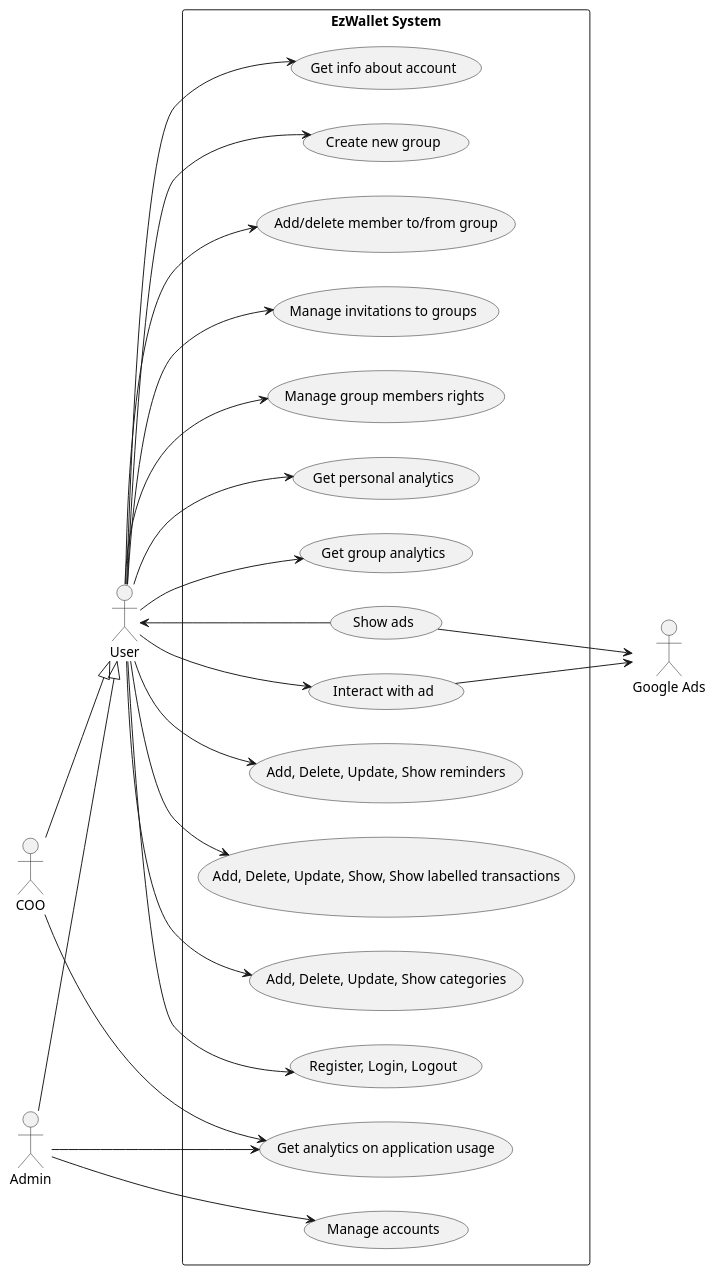
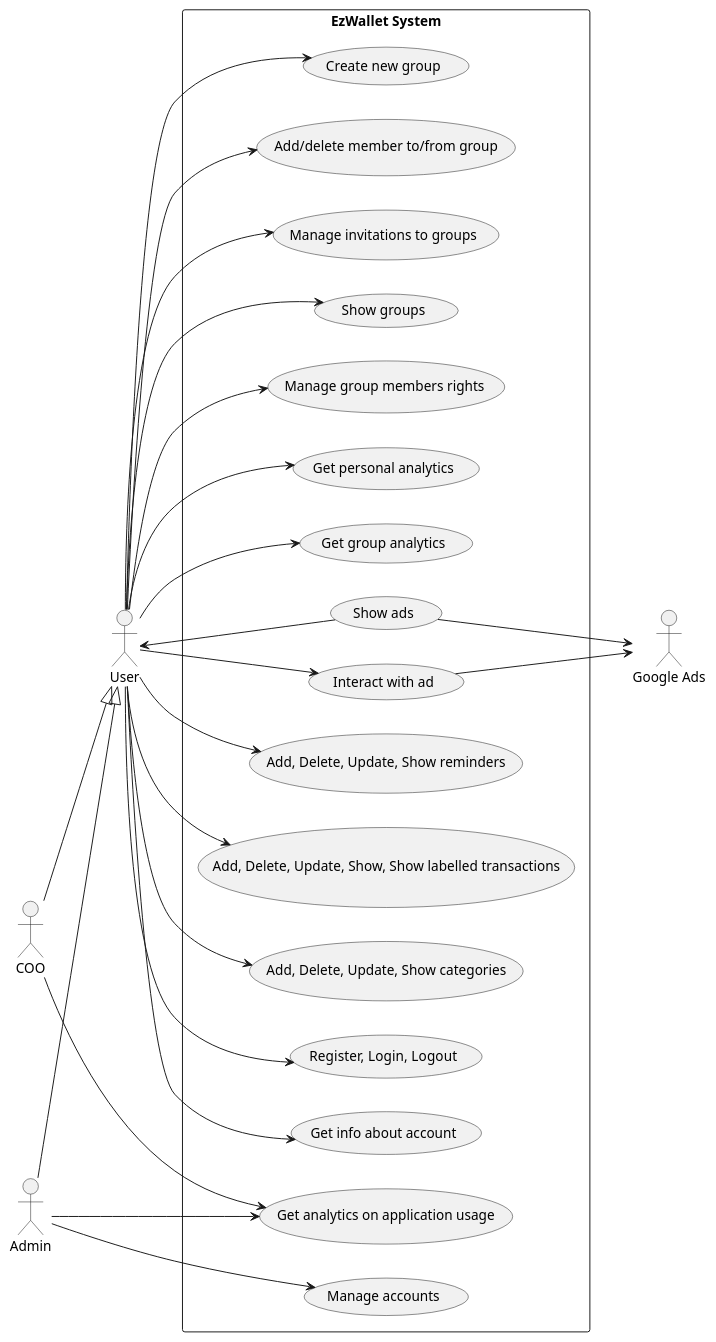
One commit to lara-m2000/ezwallet changed the second of 5 diagrams in RequirementsDocumentV2.md. Above: the diagram before and after it, drawn with PlantUML.

Commit message:
docs: updated use case diagram

````diff
--- a/RequirementsDocumentV2.md
+++ b/RequirementsDocumentV2.md
@@ -296,57 +296,59 @@
 ```plantuml
 @startuml
 left to right direction
 
 actor User
 actor COO
 actor Admin
 actor "Google Ads" as GAds
 
 Admin --|> User
 COO --|> User
 
 rectangle "EzWallet System" as System {
 	usecase "Add, Delete, Update, Show, Show labelled transactions" as Transaction
 	usecase "Register, Login, Logout" as Auth
 
 	usecase "Add, Delete, Update, Show categories" as Category
 
 	usecase "Get info about account" as UUsers
 	usecase "Create new group" as CreateGroup
 	usecase "Add/delete member to/from group" as AddDeleteToGroup
 	usecase "Manage invitations to groups" as ManageInvitations
+	usecase "Show groups" as ShowGroups
 	usecase "Manage group members rights" as ManageMemberRights
 	usecase "Manage accounts" as ManageAccounts
 
 	usecase "Get analytics on application usage" as UsageAnalytics
 
 	usecase "Get personal analytics" as PAnalytics
 	usecase "Get group analytics" as GAnalytics
 
 	usecase "Show ads" as ShowAds
 	usecase "Interact with ad" as InteractAd
 
 	usecase "Add, Delete, Update, Show reminders" as ManageReminders
 }
 User -> Transaction
 User -> Category
 User -> Auth
 User --> UUsers
 User --> PAnalytics
 User --> GAnalytics
 User --> CreateGroup
 User --> AddDeleteToGroup
 User --> ManageInvitations
+User --> ShowGroups
 User --> ManageMemberRights
 User <-- ShowAds
 User --> InteractAd
 User --> ManageReminders
 ShowAds --> GAds
 InteractAd --> GAds
 Admin --> ManageAccounts
 Admin --> UsageAnalytics
 COO --> UsageAnalytics
 
 
 @enduml
 ```
````
